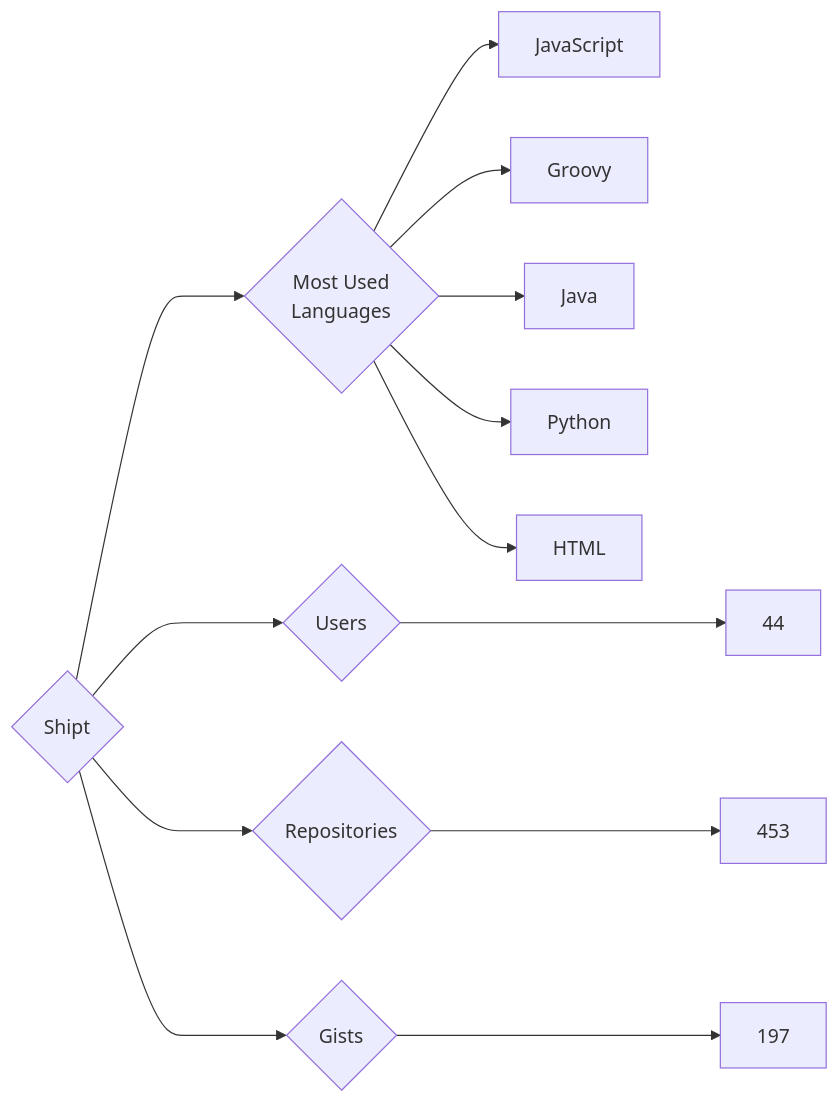
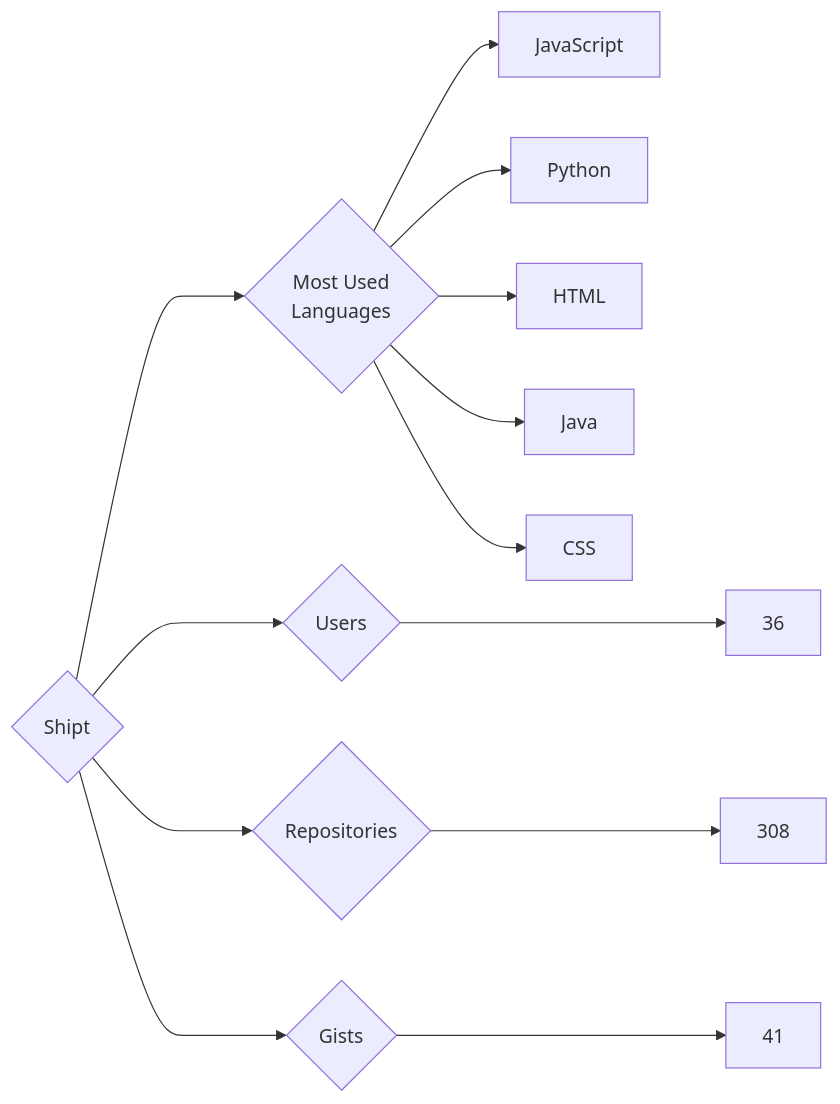
One commit to trickest/insiders changed the diagram in targets/Shipt/README.md. Above: the diagram before and after it, drawn with Mermaid. The commit also changed 995 other files, not shown here.

````diff
--- a/targets/Shipt/README.md
+++ b/targets/Shipt/README.md
@@ -3,13 +3,13 @@
 ```mermaid
 graph LR
 COMPANY_NAME{Shipt}
-COMPANY_NAME ---> U{Users} ---> UN[44]
-COMPANY_NAME ---> R{Repositories} ---> RN[453]
-COMPANY_NAME ---> G{Gists} ---> GN[197]
+COMPANY_NAME ---> U{Users} ---> UN[36]
+COMPANY_NAME ---> R{Repositories} ---> RN[308]
+COMPANY_NAME ---> G{Gists} ---> GN[41]
 COMPANY_NAME ---> ML{Most Used<br>Languages}
 ML --> JavaScript[JavaScript]
-ML --> Groovy[Groovy]
-ML --> Java[Java]
 ML --> Python[Python]
 ML --> HTML[HTML]
+ML --> Java[Java]
+ML --> CSS[CSS]
 ```
````
